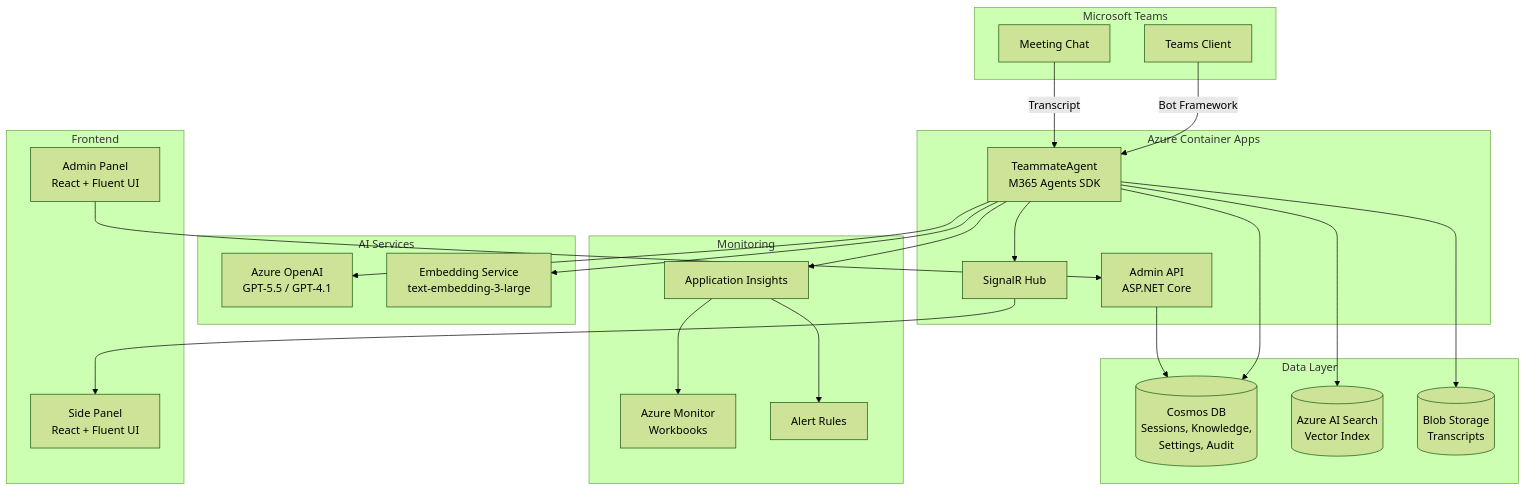
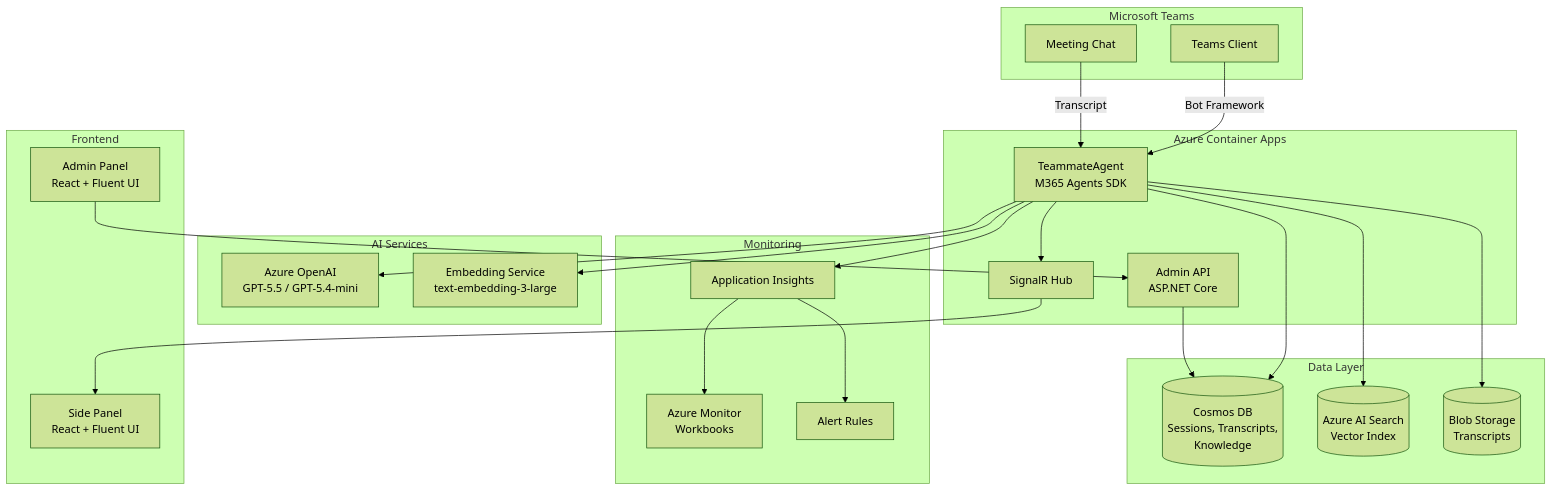
Before and after one commit to TK3214-MS/POC-Teams-AITeammate: the first of 3 diagrams in docs/guides/architecture.md, drawn with Mermaid (forest theme). The commit also changed other lines of this file and 17 other files, not shown here.

````diff
--- a/docs/guides/architecture.md
+++ b/docs/guides/architecture.md
@@ -5,50 +5,50 @@
 ```mermaid
 graph TB
     subgraph "Microsoft Teams"
         TC[Teams Client]
         MC[Meeting Chat]
     end
 
     subgraph "Azure Container Apps"
         AG[TeammateAgent<br/>M365 Agents SDK]
         API[Admin API<br/>ASP.NET Core]
         SH[SignalR Hub]
     end
 
     subgraph "AI Services"
-        AOAI[Azure OpenAI<br/>GPT-5.5 / GPT-4.1]
+        AOAI[Azure OpenAI<br/>GPT-5.5 / GPT-5.4-mini]
         EMB[Embedding Service<br/>text-embedding-3-large]
     end
 
     subgraph "Data Layer"
-        COSMOS[(Cosmos DB<br/>Sessions, Knowledge,<br/>Settings, Audit)]
+        COSMOS[(Cosmos DB<br/>Sessions, Transcripts,<br/>Knowledge)]
         SEARCH[(Azure AI Search<br/>Vector Index)]
         BLOB[(Blob Storage<br/>Transcripts)]
     end
 
     subgraph "Monitoring"
         AI[Application Insights]
         MON[Azure Monitor<br/>Workbooks]
         ALERT[Alert Rules]
     end
 
     subgraph "Frontend"
         SP[Side Panel<br/>React + Fluent UI]
         ADMIN[Admin Panel<br/>React + Fluent UI]
     end
 
     TC -->|Bot Framework| AG
     MC -->|Transcript| AG
     AG --> AOAI
     AG --> EMB
     AG --> COSMOS
     AG --> SEARCH
     AG --> BLOB
     AG --> SH
     SH --> SP
     API --> COSMOS
     ADMIN --> API
     AG --> AI
     AI --> MON
     AI --> ALERT
 ```
````
